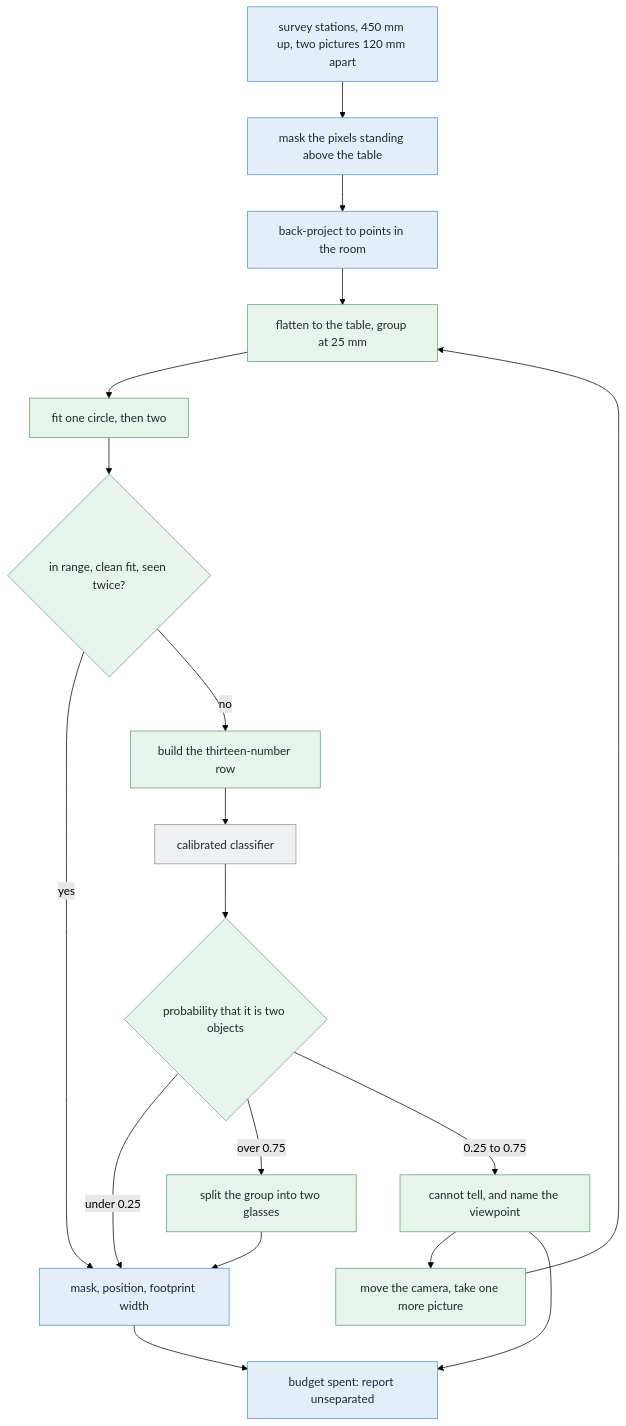
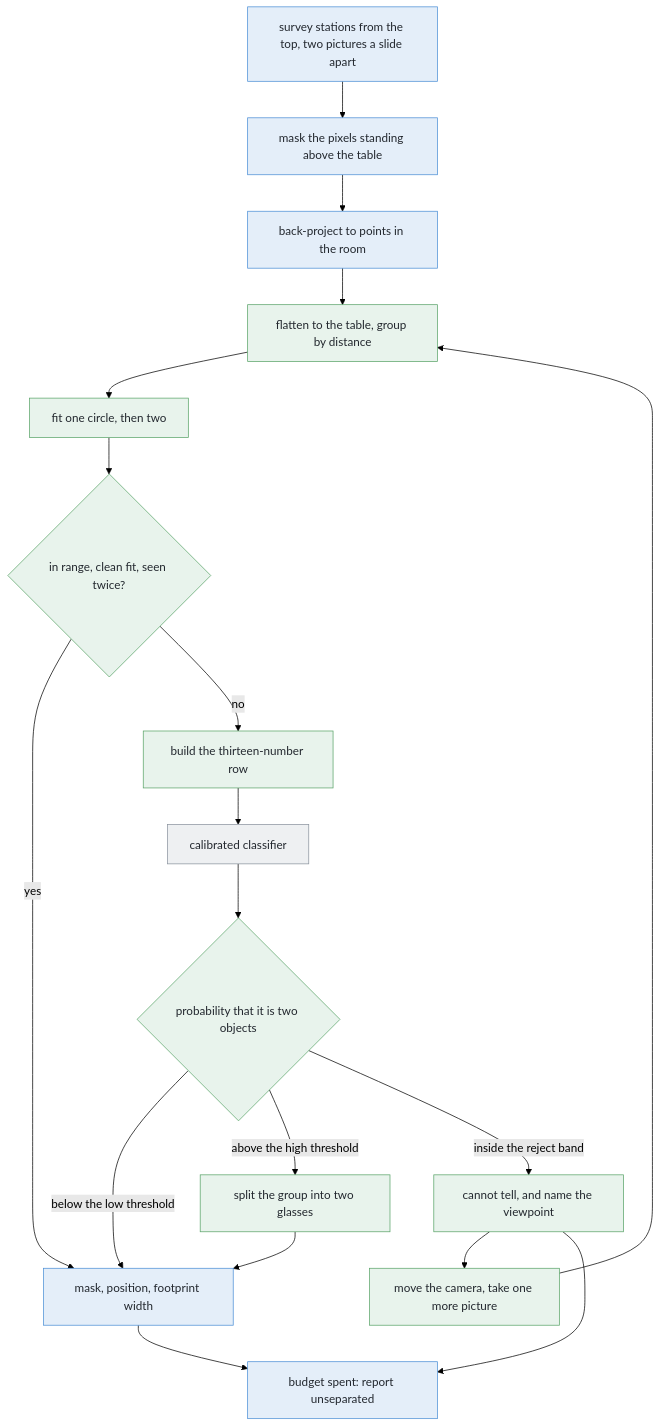
The third of 3 diagrams in v5-pick-glasses/docs/problem-2/solutions/05-a-learned-verifier-over-the-clusters.md (RobinNagpal/robot-arm-projects), drawn with Mermaid (forest theme) before and after one commit. The commit also changed other lines of this file, not shown here.

````diff
--- a/v5-pick-glasses/docs/problem-2/solutions/05-a-learned-verifier-over-the-clusters.md
+++ b/v5-pick-glasses/docs/problem-2/solutions/05-a-learned-verifier-over-the-clusters.md
@@ -358,34 +387,34 @@
 ```mermaid
 flowchart TD
-    E1["survey stations, 450 mm up, two pictures 120 mm apart"] --> E2["mask the pixels standing above the table"]
+    E1["survey stations from the top, two pictures a slide apart"] --> E2["mask the pixels standing above the table"]
     E2 --> E3["back-project to points in the room"]
-    E3 --> N1["flatten to the table, group at 25 mm"]
+    E3 --> N1["flatten to the table, group by distance"]
     N1 --> N2["fit one circle, then two"]
     N2 --> D1{"in range, clean fit, seen twice?"}
     D1 -->|yes| E4["mask, position, footprint width"]
     D1 -->|no| N3["build the thirteen-number row"]
     N3 --> L1["calibrated classifier"]
     L1 --> D2{"probability that it is two objects"}
-    D2 -->|"under 0.25"| E4
-    D2 -->|"over 0.75"| N4["split the group into two glasses"]
+    D2 -->|"below the low threshold"| E4
+    D2 -->|"above the high threshold"| N4["split the group into two glasses"]
     N4 --> E4
-    D2 -->|"0.25 to 0.75"| N5["cannot tell, and name the viewpoint"]
+    D2 -->|"inside the reject band"| N5["cannot tell, and name the viewpoint"]
     N5 --> N6["move the camera, take one more picture"]
     N6 --> N1
     N5 --> E5["budget spent: report unseparated"]
     E4 --> E5
     style E1 fill:#e4eef9,stroke:#4c8fd6,color:#22272e
     style E2 fill:#e4eef9,stroke:#4c8fd6,color:#22272e
     style E3 fill:#e4eef9,stroke:#4c8fd6,color:#22272e
     style E4 fill:#e4eef9,stroke:#4c8fd6,color:#22272e
     style E5 fill:#e4eef9,stroke:#4c8fd6,color:#22272e
     style N1 fill:#e8f3ec,stroke:#5aa469,color:#22272e
     style N2 fill:#e8f3ec,stroke:#5aa469,color:#22272e
     style N3 fill:#e8f3ec,stroke:#5aa469,color:#22272e
     style N4 fill:#e8f3ec,stroke:#5aa469,color:#22272e
     style N5 fill:#e8f3ec,stroke:#5aa469,color:#22272e
     style N6 fill:#e8f3ec,stroke:#5aa469,color:#22272e
     style D1 fill:#e8f3ec,stroke:#5aa469,color:#22272e
     style D2 fill:#e8f3ec,stroke:#5aa469,color:#22272e
     style L1 fill:#eef0f2,stroke:#8b949e,color:#22272e
 ```
````
